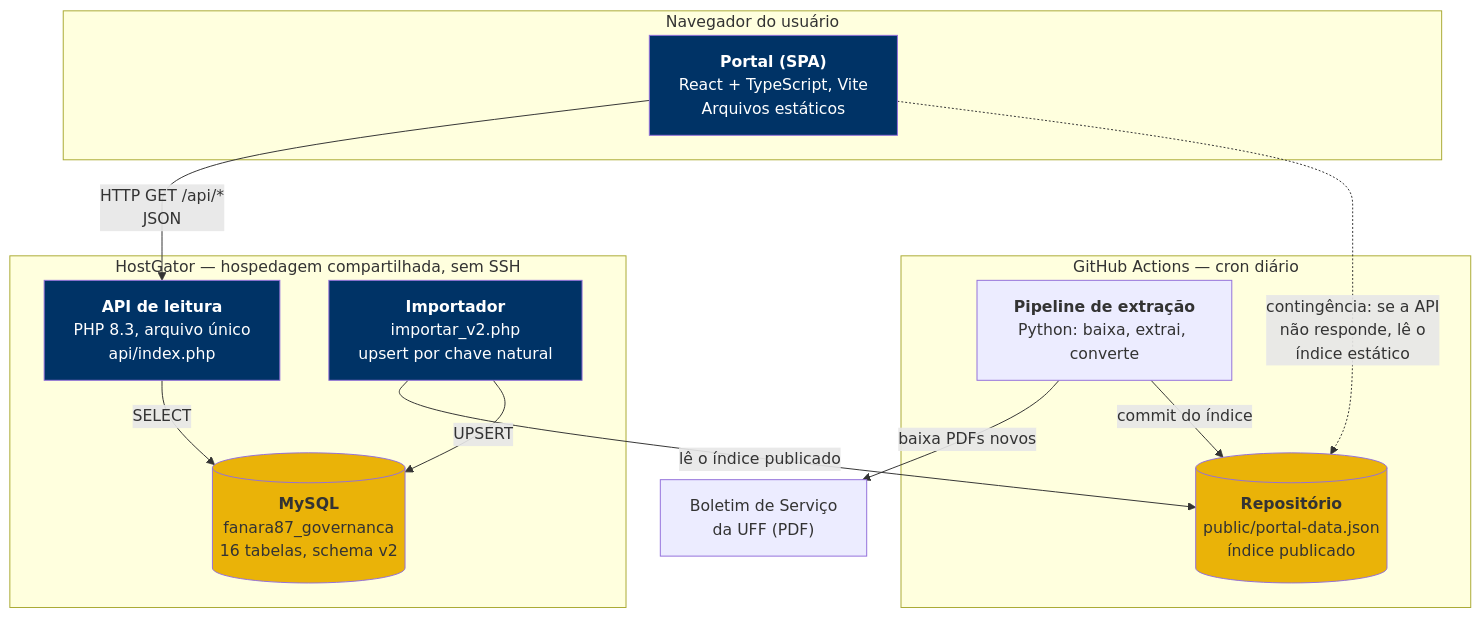
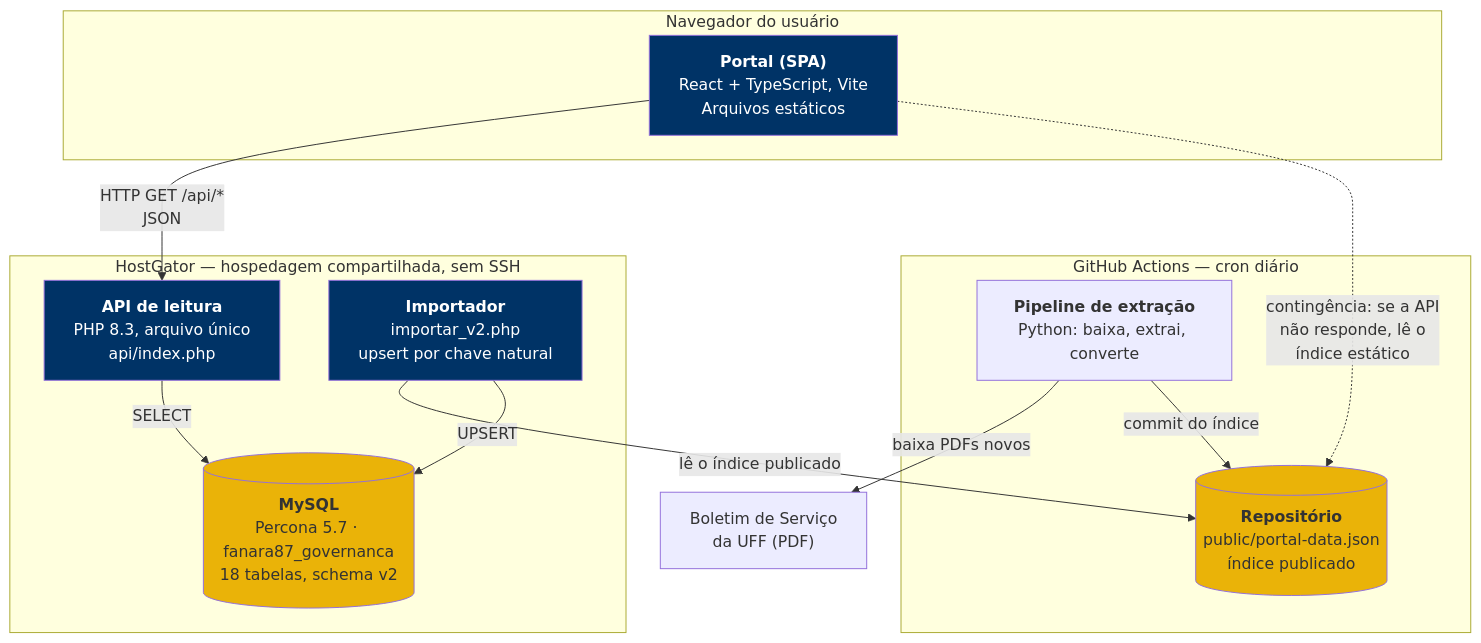
Before and after one commit to estudio-max/Portal-de-Normas-e-atos-da-UFF: the second of 5 diagrams in docs/ARQUITETURA-C4.md, drawn with Mermaid. The commit also changed other lines of this file and 2 other files, not shown here.

First line of the commit message:
Documentacao: reflete processo, comissoes, sindicancia e Percona 5.7

````diff
--- a/docs/ARQUITETURA-C4.md
+++ b/docs/ARQUITETURA-C4.md
@@ -53,33 +53,33 @@
 ```mermaid
 flowchart TB
     subgraph nav["Navegador do usuário"]
         spa["<b>Portal (SPA)</b><br/>React + TypeScript, Vite<br/>Arquivos estáticos"]
     end
 
     subgraph hg["HostGator — hospedagem compartilhada, sem SSH"]
         api["<b>API de leitura</b><br/>PHP 8.3, arquivo único<br/>api/index.php"]
-        db[("<b>MySQL</b><br/>fanara87_governanca<br/>16 tabelas, schema v2")]
+        db[("<b>MySQL</b><br/>Percona 5.7 · fanara87_governanca<br/>18 tabelas, schema v2")]
         imp["<b>Importador</b><br/>importar_v2.php<br/>upsert por chave natural"]
     end
 
     subgraph gh["GitHub Actions — cron diário"]
         pipe["<b>Pipeline de extração</b><br/>Python: baixa, extrai, converte"]
         repo[("<b>Repositório</b><br/>public/portal-data.json<br/>índice publicado")]
     end
 
     bs["Boletim de Serviço<br/>da UFF (PDF)"]
 
     spa -->|"HTTP GET /api/*<br/>JSON"| api
     api -->|SELECT| db
     pipe -->|baixa PDFs novos| bs
     pipe -->|commit do índice| repo
     imp -->|"lê o índice publicado"| repo
     imp -->|UPSERT| db
     spa -.->|"contingência: se a API<br/>não responde, lê o<br/>índice estático"| repo
 
     style spa fill:#003366,color:#fff
     style api fill:#003366,color:#fff
     style imp fill:#003366,color:#fff
     style db fill:#EAB308
     style repo fill:#EAB308
 ```
````
